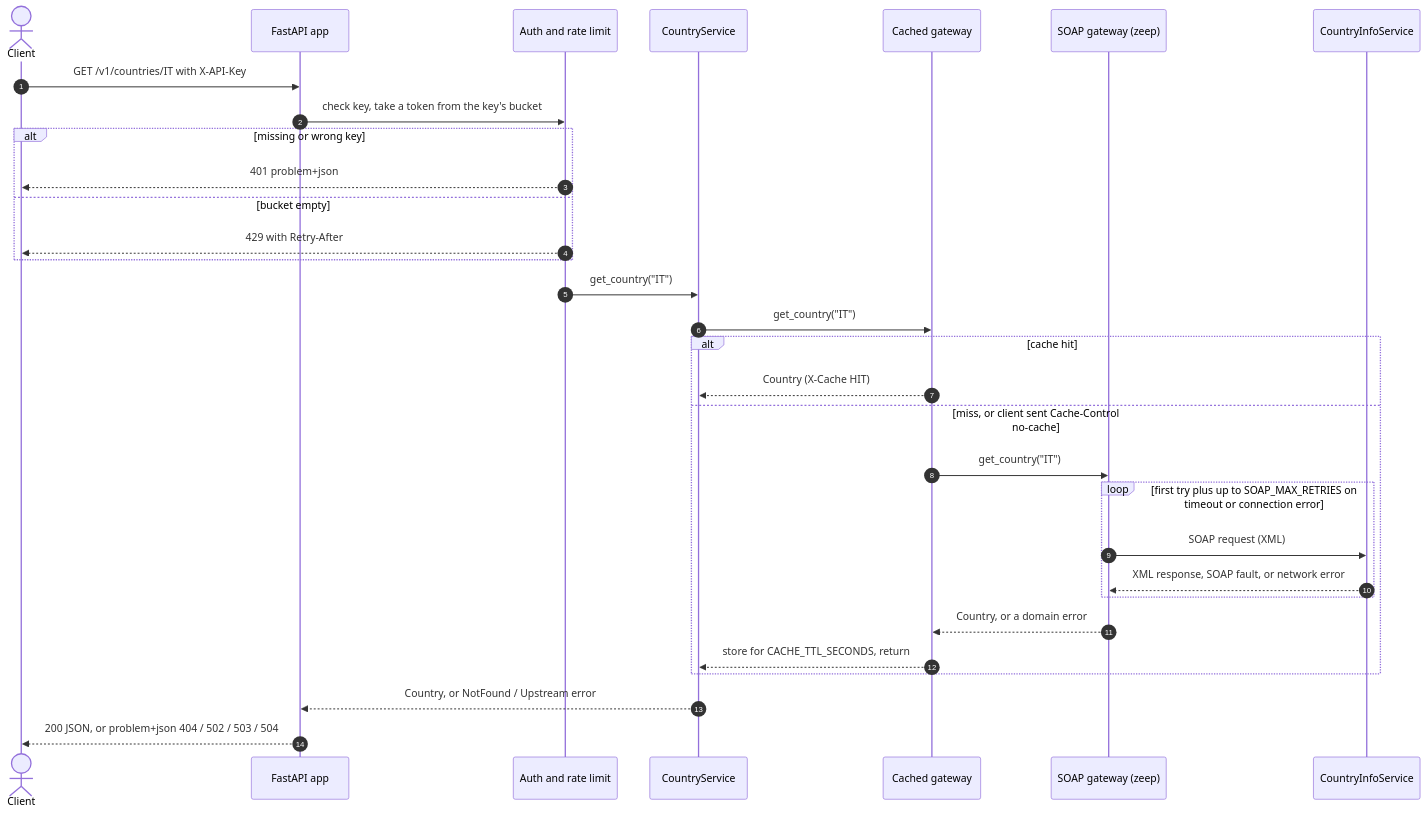
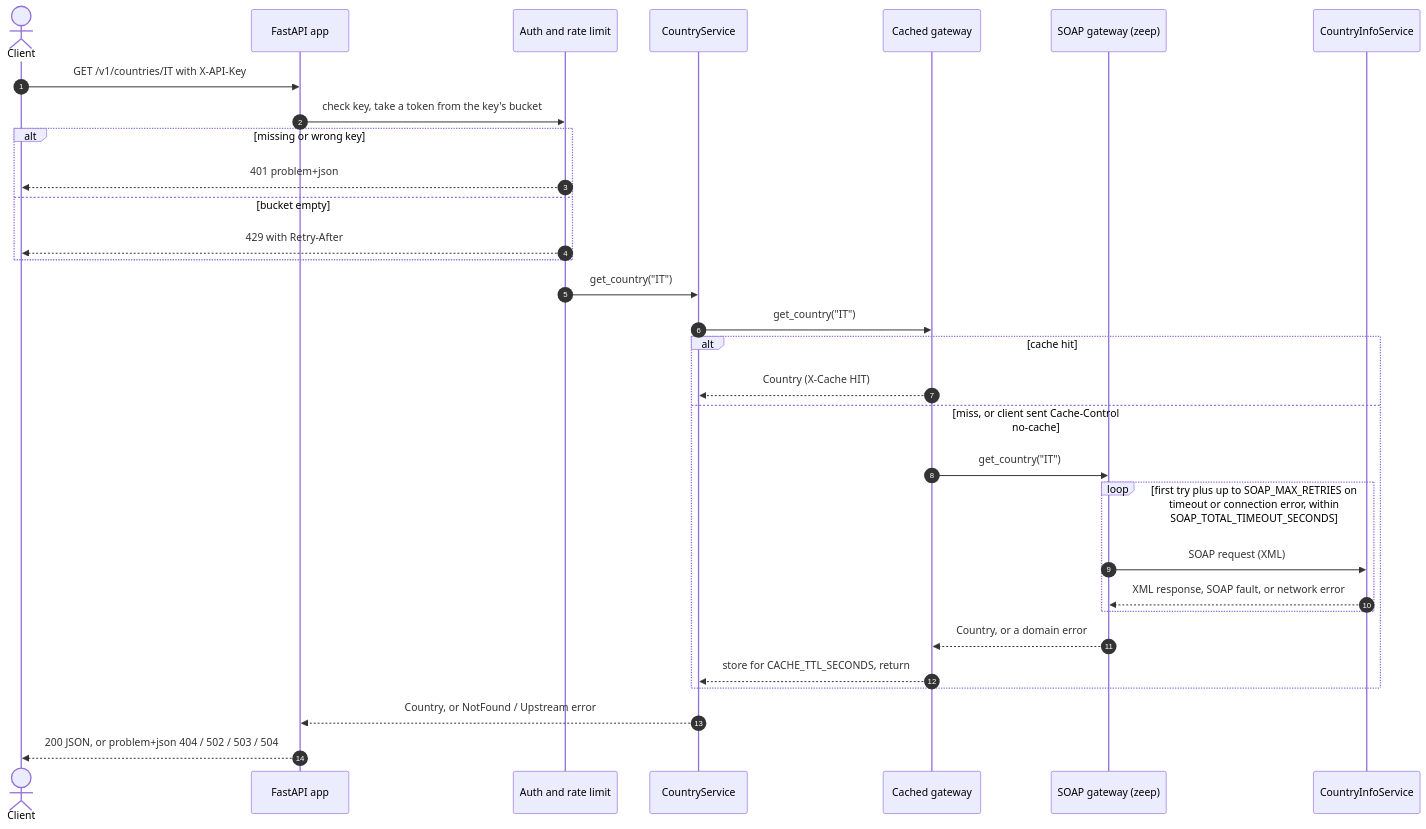
One commit to sl-ee-p/SOAP-REST-Gateway changed the diagram in README.md. Above: the diagram before and after it, drawn with Mermaid. The commit also changed other lines of this file and 7 other files, not shown here.

Commit message:
Bound a SOAP call, retries included, by an overall deadline

````diff
--- a/README.md
+++ b/README.md
@@ -40,34 +40,34 @@
 ```mermaid
 sequenceDiagram
     autonumber
     actor Client
     participant API as FastAPI app
     participant Guard as Auth and rate limit
     participant Svc as CountryService
     participant Cache as Cached gateway
     participant Soap as SOAP gateway (zeep)
     participant Up as CountryInfoService
 
     Client->>API: GET /v1/countries/IT with X-API-Key
     API->>Guard: check key, take a token from the key's bucket
     alt missing or wrong key
         Guard-->>Client: 401 problem+json
     else bucket empty
         Guard-->>Client: 429 with Retry-After
     end
     Guard->>Svc: get_country("IT")
     Svc->>Cache: get_country("IT")
     alt cache hit
         Cache-->>Svc: Country (X-Cache HIT)
     else miss, or client sent Cache-Control no-cache
         Cache->>Soap: get_country("IT")
-        loop first try plus up to SOAP_MAX_RETRIES on timeout or connection error
+        loop first try plus up to SOAP_MAX_RETRIES on timeout or connection error, within SOAP_TOTAL_TIMEOUT_SECONDS
             Soap->>Up: SOAP request (XML)
             Up-->>Soap: XML response, SOAP fault, or network error
         end
         Soap-->>Cache: Country, or a domain error
         Cache-->>Svc: store for CACHE_TTL_SECONDS, return
     end
     Svc-->>API: Country, or NotFound / Upstream error
     API-->>Client: 200 JSON, or problem+json 404 / 502 / 503 / 504
 ```
````
